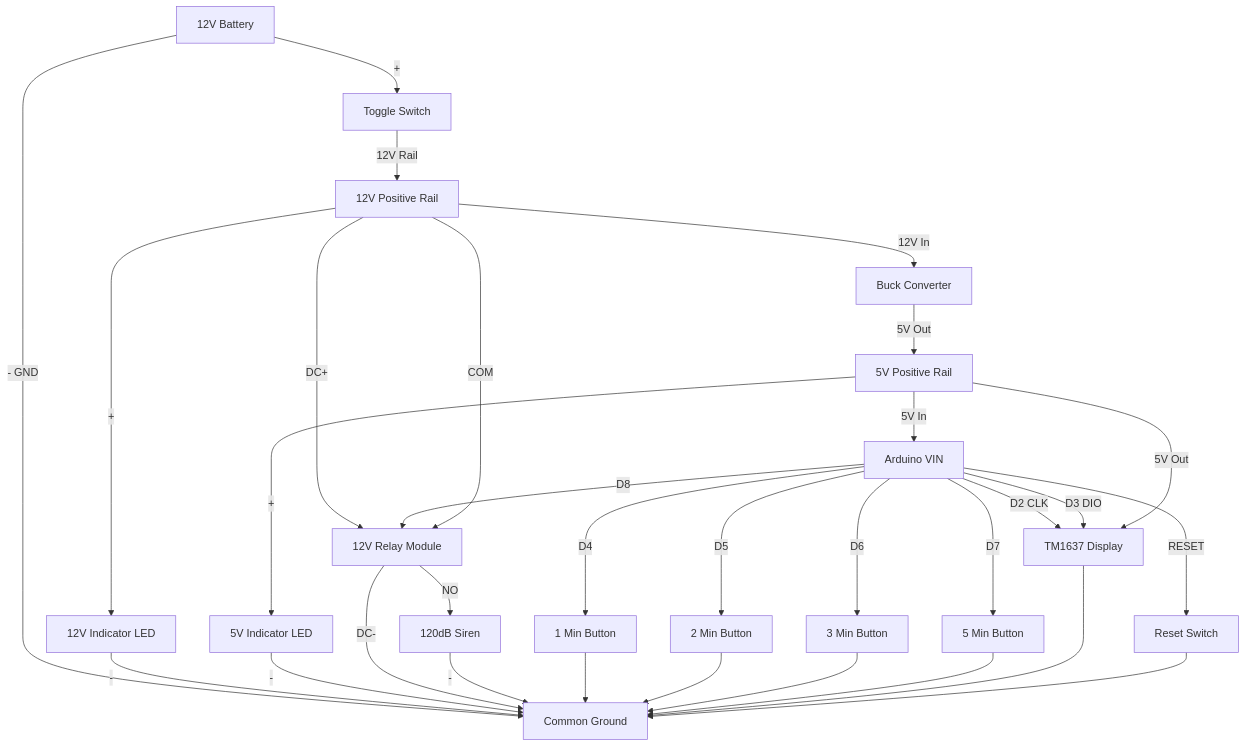
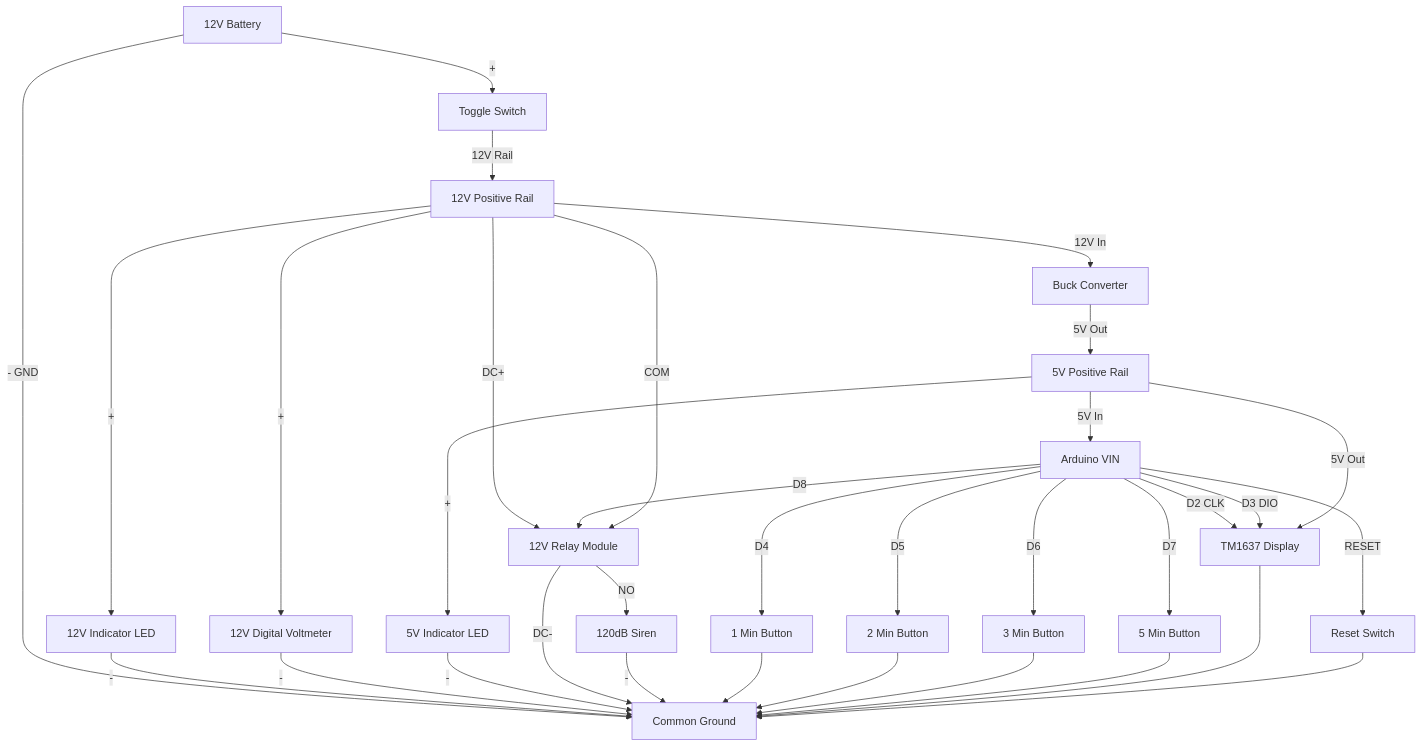
The diagram in README.md (amesclar/rt-nano), drawn with Mermaid before and after one commit. The commit also changed other lines of this file and 1 other file, not shown here.

Commit message:
update design to add digital voltmeter

````diff
--- a/README.md
+++ b/README.md
@@ -65,44 +66,47 @@
 ```mermaid
 graph TD
     Bat[12V Battery] -->| + | Switch[Toggle Switch]
     Bat -->| - GND | GND[Common Ground]
     
     Switch -->|12V Rail| Rail[12V Positive Rail]
     
     Rail -->| + | LED12[12V Indicator LED]
     LED12 -->| - | GND
+    
+    Rail -->| + | VM[12V Digital Voltmeter]
+    VM -->| - | GND
     
     Rail -->|12V In| Buck[Buck Converter]
     Buck -->|5V Out| 5VRail[5V Positive Rail]
     
     5VRail -->| + | LED5[5V Indicator LED]
     LED5 -->| - | GND
     
     5VRail -->|5V In| Arduino[Arduino VIN]
     
     Rail -->|DC+| Relay[12V Relay Module]
     Relay -->|DC-| GND
     Arduino -->|D8| Relay
     
     Rail -->|COM| Relay
     Relay -->|NO| Siren[120dB Siren]
     Siren -->| - | GND
     
     Arduino -->|D4| Btn1m[1 Min Button]
     Arduino -->|D5| Btn2m[2 Min Button]
     Arduino -->|D6| Btn3m[3 Min Button]
     Arduino -->|D7| Btn5m[5 Min Button]
     
     Btn1m --> GND
     Btn2m --> GND
     Btn3m --> GND
     Btn5m --> GND
     
     Arduino -->|D2 CLK| Disp[TM1637 Display]
     Arduino -->|D3 DIO| Disp
     5VRail -->|5V Out| Disp
     Disp --> GND
 
     Arduino -->|RESET| BtnReset[Reset Switch]
     BtnReset --> GND
 ```
````
